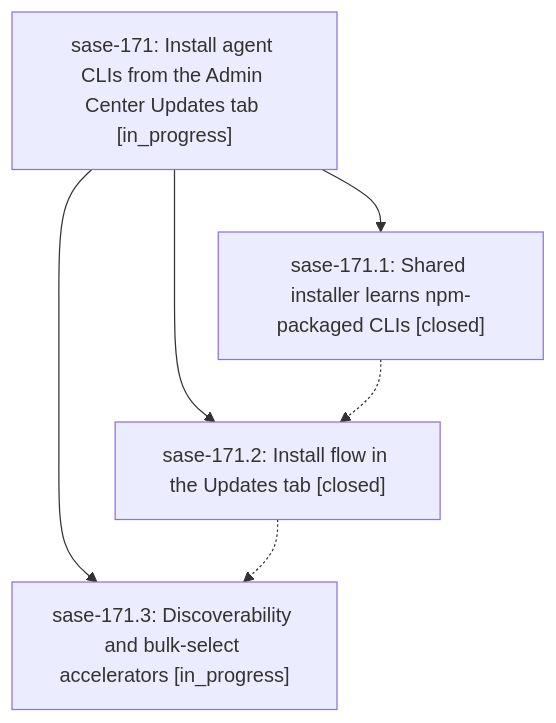
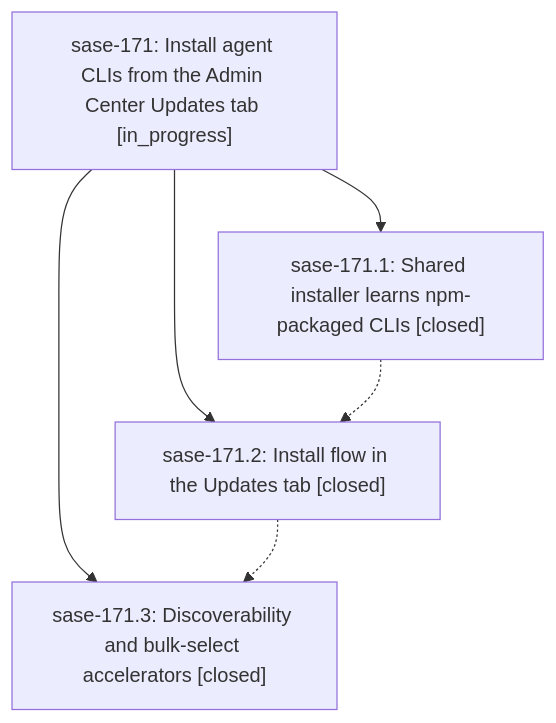
Before and after one commit to sase-org/sase--beads: the diagram in pages/sase-171/README.md, drawn with Mermaid. The commit also changed other lines of this file and 2 other files, not shown here.

First line of the commit message:
chore(beads): sync bead state and pages for sase-171

````diff
--- a/pages/sase-171/README.md
+++ b/pages/sase-171/README.md
@@ -24,12 +32,12 @@
 ```mermaid
 flowchart TD
     n0["sase-171: Install agent CLIs from the Admin Center Updates tab [in_progress]"]
     n1["sase-171.1: Shared installer learns npm-packaged CLIs [closed]"]
     n2["sase-171.2: Install flow in the Updates tab [closed]"]
-    n3["sase-171.3: Discoverability and bulk-select accelerators [in_progress]"]
+    n3["sase-171.3: Discoverability and bulk-select accelerators [closed]"]
     n0 --> n1
     n0 --> n2
     n0 --> n3
     n1 -.-> n2
     n2 -.-> n3
 ```
````
